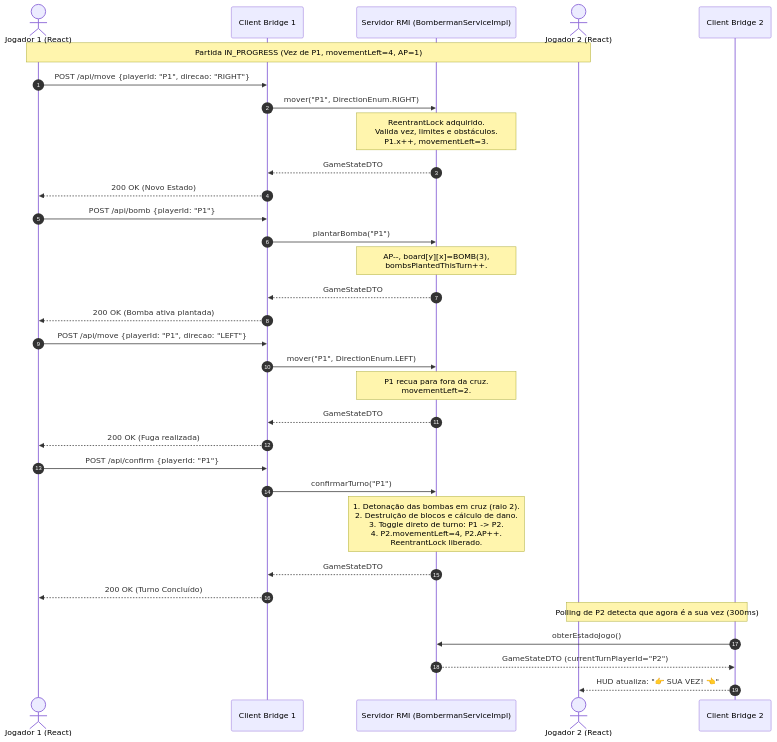
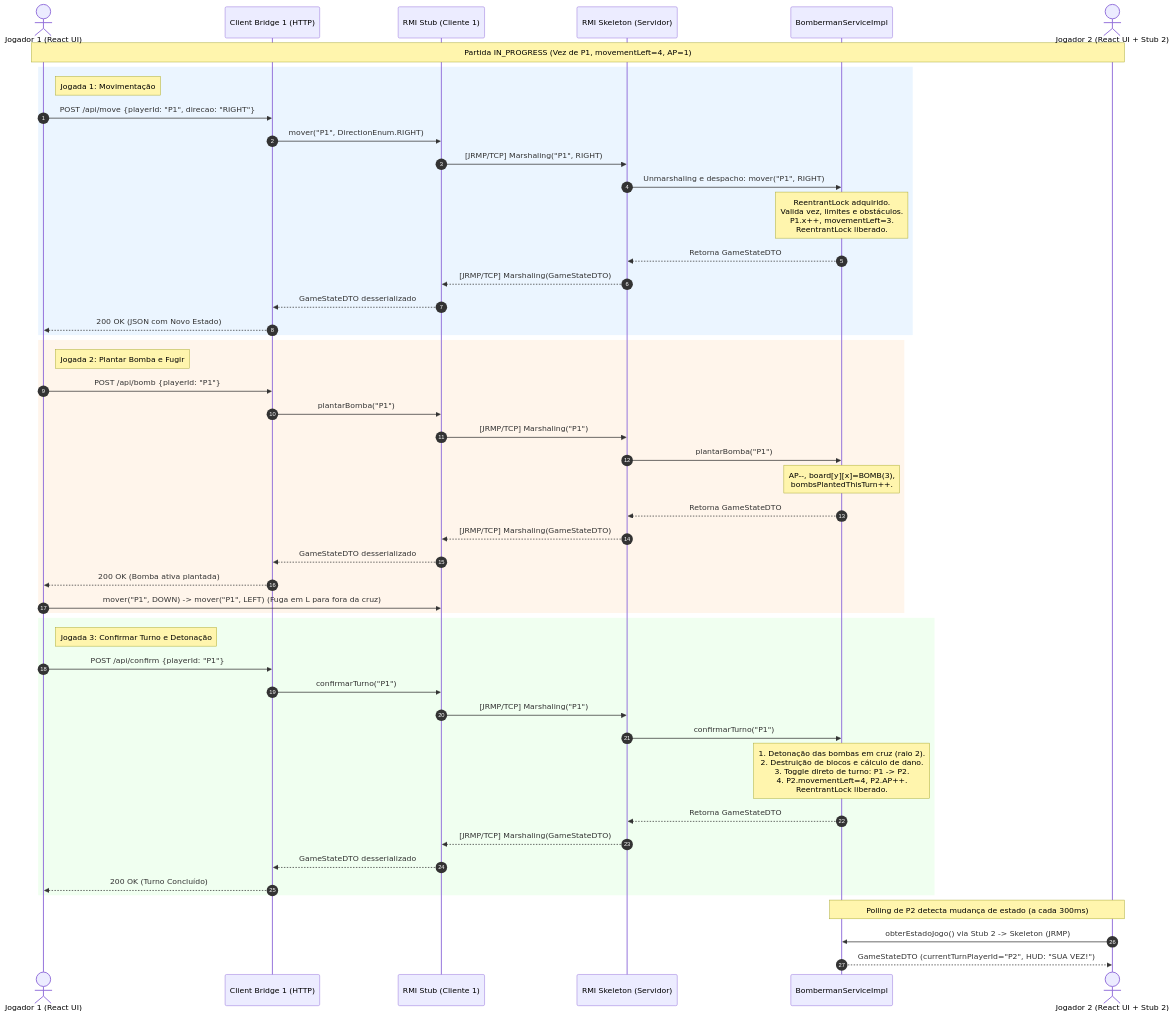
The second of 3 diagrams in docs/RELATORIO_TECNICO.md (emn-f/bomberman-sd), drawn with Mermaid before and after one commit. The commit also changed other lines of this file, not shown here.

Commit message:
docs(relatorio): detalha secoes de introducao, arquitetura RMI e diagramas Mermaid

````diff
--- a/docs/RELATORIO_TECNICO.md
+++ b/docs/RELATORIO_TECNICO.md
@@ -71,40 +84,56 @@
 ```mermaid
 sequenceDiagram
     autonumber
-    actor P1 as Jogador 1 (React)
-    participant B1 as Client Bridge 1
-    participant RMI as Servidor RMI (BombermanServiceImpl)
-    actor P2 as Jogador 2 (React)
-    participant B2 as Client Bridge 2
+    actor P1 as Jogador 1 (React UI)
+    participant B1 as Client Bridge 1 (HTTP)
+    participant Stub1 as RMI Stub (Cliente 1)
+    participant Skel as RMI Skeleton (Servidor)
+    participant Impl as BombermanServiceImpl
+    actor P2 as Jogador 2 (React UI + Stub 2)
 
     Note over P1, P2: Partida IN_PROGRESS (Vez de P1, movementLeft=4, AP=1)
 
-    P1->>B1: POST /api/move {playerId: "P1", direcao: "RIGHT"}
-    B1->>RMI: mover("P1", DirectionEnum.RIGHT)
-    Note over RMI: ReentrantLock adquirido.<br/>Valida vez, limites e obstáculos.<br/>P1.x++, movementLeft=3.
-    RMI-->>B1: GameStateDTO
-    B1-->>P1: 200 OK (Novo Estado)
+    rect rgb(235, 245, 255)
+        Note right of P1: Jogada 1: Movimentação
+        P1->>B1: POST /api/move {playerId: "P1", direcao: "RIGHT"}
+        B1->>Stub1: mover("P1", DirectionEnum.RIGHT)
+        Stub1->>Skel: [JRMP/TCP] Marshaling("P1", RIGHT)
+        Skel->>Impl: Unmarshaling e despacho: mover("P1", RIGHT)
+        Note over Impl: ReentrantLock adquirido.<br/>Valida vez, limites e obstáculos.<br/>P1.x++, movementLeft=3.<br/>ReentrantLock liberado.
+        Impl-->>Skel: Retorna GameStateDTO
+        Skel-->>Stub1: [JRMP/TCP] Marshaling(GameStateDTO)
+        Stub1-->>B1: GameStateDTO desserializado
+        B1-->>P1: 200 OK (JSON com Novo Estado)
+    end
 
-    P1->>B1: POST /api/bomb {playerId: "P1"}
-    B1->>RMI: plantarBomba("P1")
-    Note over RMI: AP--, board[y][x]=BOMB(3),<br/>bombsPlantedThisTurn++.
-    RMI-->>B1: GameStateDTO
-    B1-->>P1: 200 OK (Bomba ativa plantada)
+    rect rgb(255, 245, 235)
+        Note right of P1: Jogada 2: Plantar Bomba e Fugir
+        P1->>B1: POST /api/bomb {playerId: "P1"}
+        B1->>Stub1: plantarBomba("P1")
+        Stub1->>Skel: [JRMP/TCP] Marshaling("P1")
+        Skel->>Impl: plantarBomba("P1")
+        Note over Impl: AP--, board[y][x]=BOMB(3),<br/>bombsPlantedThisTurn++.
+        Impl-->>Skel: Retorna GameStateDTO
+        Skel-->>Stub1: [JRMP/TCP] Marshaling(GameStateDTO)
+        Stub1-->>B1: GameStateDTO desserializado
+        B1-->>P1: 200 OK (Bomba ativa plantada)
+        P1->>Stub1: mover("P1", DOWN) -> mover("P1", LEFT) (Fuga em L para fora da cruz)
+    end
 
-    P1->>B1: POST /api/move {playerId: "P1", direcao: "LEFT"}
-    B1->>RMI: mover("P1", DirectionEnum.LEFT)
-    Note over RMI: P1 recua para fora da cruz.<br/>movementLeft=2.
-    RMI-->>B1: GameStateDTO
-    B1-->>P1: 200 OK (Fuga realizada)
+    rect rgb(240, 255, 240)
+        Note right of P1: Jogada 3: Confirmar Turno e Detonação
+        P1->>B1: POST /api/confirm {playerId: "P1"}
+        B1->>Stub1: confirmarTurno("P1")
+        Stub1->>Skel: [JRMP/TCP] Marshaling("P1")
+        Skel->>Impl: confirmarTurno("P1")
+        Note over Impl: 1. Detonação das bombas em cruz (raio 2).<br/>2. Destruição de blocos e cálculo de dano.<br/>3. Toggle direto de turno: P1 -> P2.<br/>4. P2.movementLeft=4, P2.AP++.<br/>ReentrantLock liberado.
+        Impl-->>Skel: Retorna GameStateDTO
+        Skel-->>Stub1: [JRMP/TCP] Marshaling(GameStateDTO)
+        Stub1-->>B1: GameStateDTO desserializado
+        B1-->>P1: 200 OK (Turno Concluído)
+    end
 
-    P1->>B1: POST /api/confirm {playerId: "P1"}
-    B1->>RMI: confirmarTurno("P1")
-    Note over RMI: 1. Detonação das bombas em cruz (raio 2).<br/>2. Destruição de blocos e cálculo de dano.<br/>3. Toggle direto de turno: P1 -> P2.<br/>4. P2.movementLeft=4, P2.AP++.<br/>ReentrantLock liberado.
-    RMI-->>B1: GameStateDTO
-    B1-->>P1: 200 OK (Turno Concluído)
-
-    Note over P2, B2: Polling de P2 detecta que agora é a sua vez (300ms)
-    B2->>RMI: obterEstadoJogo()
-    RMI-->>B2: GameStateDTO (currentTurnPlayerId="P2")
-    B2-->>P2: HUD atualiza: "👉 SUA VEZ! 👈"
+    Note over P2, Impl: Polling de P2 detecta mudança de estado (a cada 300ms)
+    P2->>Impl: obterEstadoJogo() via Stub 2 -> Skeleton (JRMP)
+    Impl-->>P2: GameStateDTO (currentTurnPlayerId="P2", HUD: "SUA VEZ!")
 ```
````
